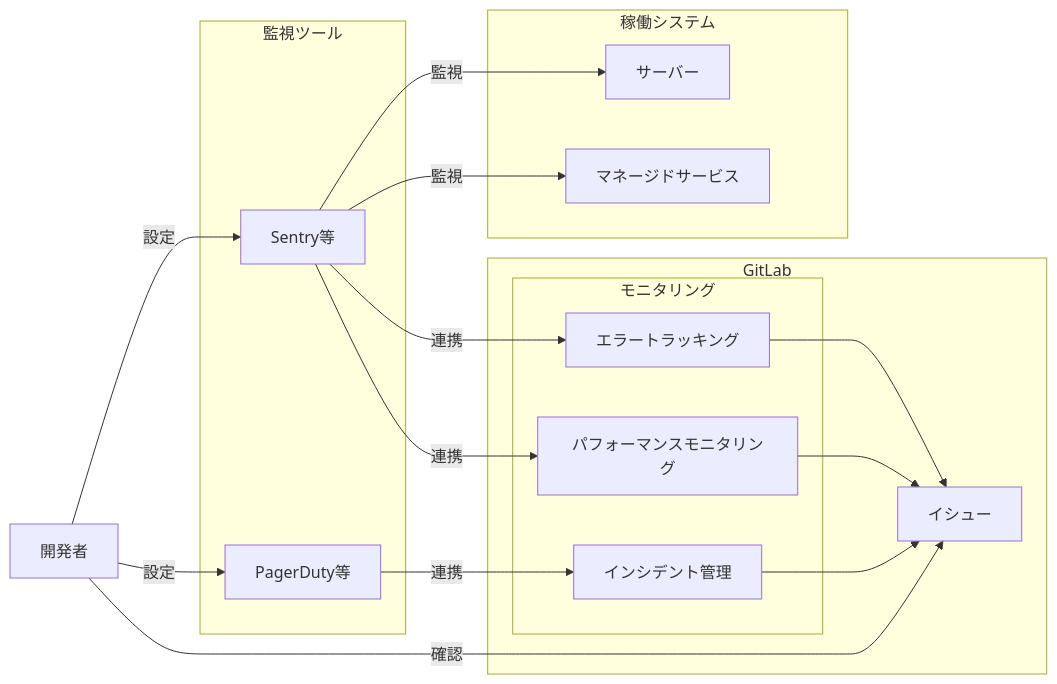
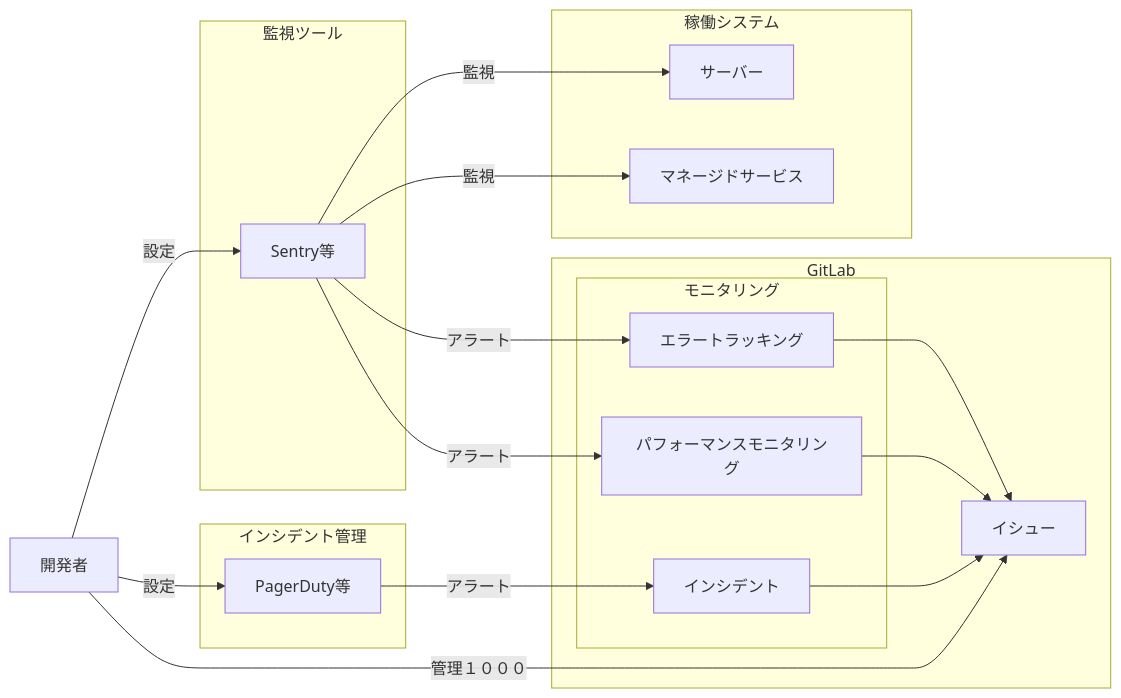
One commit to gongyong/docs changed the seventh of 8 diagrams in pages/gitlab_philosophy/gitlab_step_guide.mdx. Above: the diagram before and after it, drawn with Mermaid.

Commit message:
AIレビューのサンプル変更

````diff
--- a/pages/gitlab_philosophy/gitlab_step_guide.mdx
+++ b/pages/gitlab_philosophy/gitlab_step_guide.mdx
@@ -151,31 +151,33 @@
 ```mermaid
 graph LR
   開発者
   subgraph GitLab
       subgraph モニタリング
         エラートラッキング
         パフォーマンスモニタリング
-        インシデント管理
+        インシデント
       end
       イシュー
   end
   subgraph 監視ツール
     Sentry等
+  end
+  subgraph インシデント管理
     PagerDuty等
   end
   subgraph 稼働システム
     サーバー
     マネージドサービス
   end
   開発者 -- 設定 --> Sentry等
   開発者 -- 設定 --> PagerDuty等
-  Sentry等 -- 連携 --> エラートラッキング
-  Sentry等 -- 連携 --> パフォーマンスモニタリング
-  PagerDuty等 -- 連携 --> インシデント管理
+  Sentry等 -- アラート --> エラートラッキング
+  Sentry等 -- アラート --> パフォーマンスモニタリング
+  PagerDuty等 -- アラート --> インシデント
   エラートラッキング --> イシュー
   パフォーマンスモニタリング --> イシュー
-  インシデント管理 --> イシュー
+  インシデント --> イシュー
   Sentry等 -- 監視 --> サーバー
   Sentry等 -- 監視 --> マネージドサービス
-  開発者 -- 確認 --> イシュー
+  開発者 --　管理１０００ --> イシュー
 ```
````
